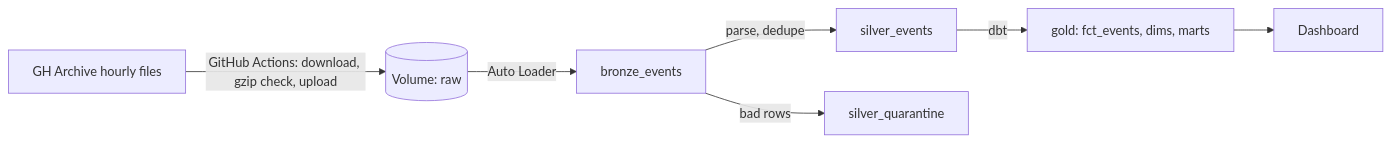
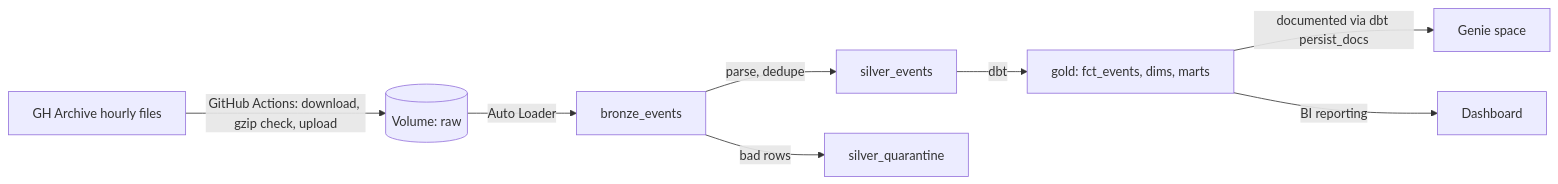
The diagram in README.md (jphan500/gh-archive-lakehouse), drawn with Mermaid before and after one commit. The commit also changed other lines of this file and 2 other files, not shown here.

Commit message:
genie updates

````diff
--- a/README.md
+++ b/README.md
@@ -13,9 +12,12 @@
 ```mermaid
 flowchart LR
-  A["GH Archive hourly files"] -->|"GitHub Actions: download, gzip check, upload"| B[("Volume: raw")]
-  B -->|"Auto Loader"| C["bronze_events"]
-  C -->|"parse, dedupe"| D["silver_events"]
-  C -->|"bad rows"| Q["silver_quarantine"]
-  D -->|"dbt"| E["gold: fct_events, dims, marts"]
-  E --> F["Dashboard"]
+    A[ GH Archive hourly files ] -->| GitHub Actions: download, gzip check, upload | B[( Volume: raw )]
+    B -->| Auto Loader | C[ bronze_events ]
+    C -->| parse, dedupe | D[ silver_events ]
+    C -->| bad rows | Q[ silver_quarantine ]
+    D -->| dbt | E[ gold: fct_events, dims, marts ]
+    
+    %% Parallel consumers pulling from E (Gold)
+    E -->| documented via dbt persist_docs | G[ Genie space ]
+    E -->| BI reporting | F[ Dashboard ]
 ```
````
